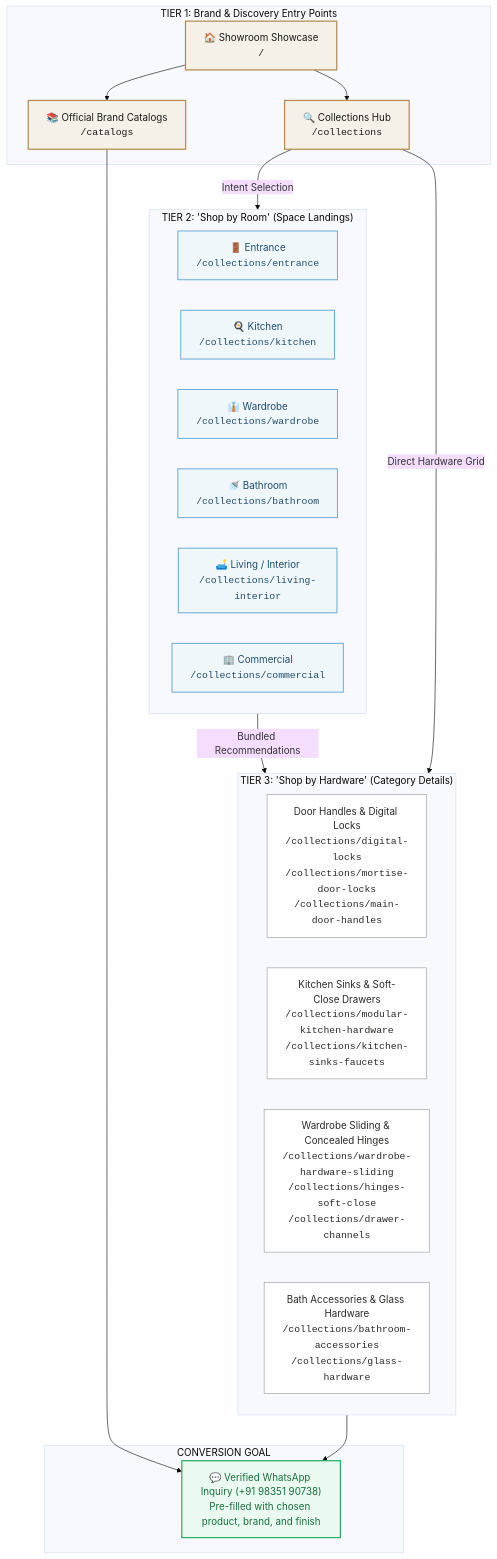
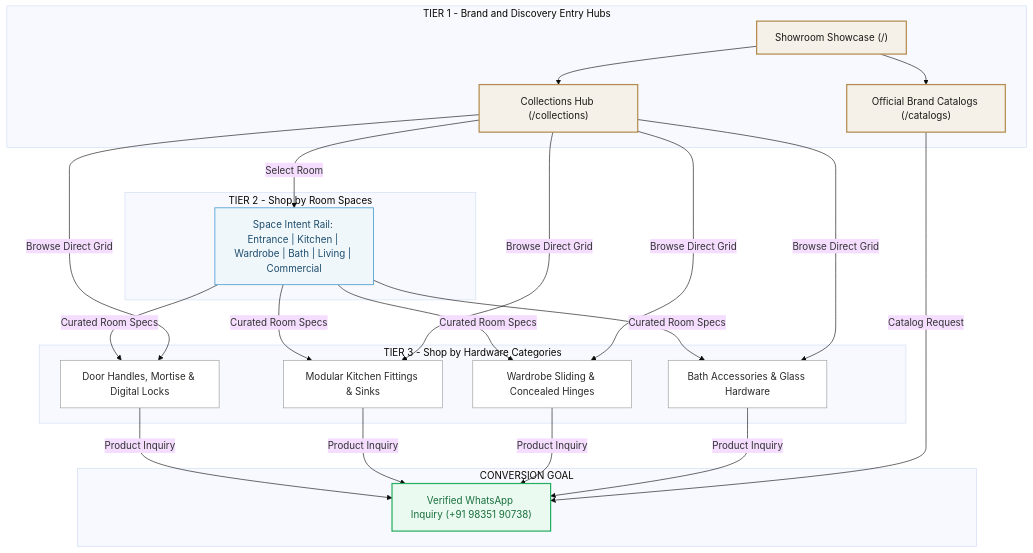
Before and after one commit to aayushsharma141/hardware-collection-6v: the diagram in docs/CLIENT_PAGE_ARCHITECTURE.md, drawn with Mermaid (base theme). The commit also changed 22 other files, not shown here.

Commit message:
feat: complete showroom taxonomy expansion, enhanced PDF catalog viewer with snip layer, focus trap, and brand cleanups

````diff
--- a/docs/CLIENT_PAGE_ARCHITECTURE.md
+++ b/docs/CLIENT_PAGE_ARCHITECTURE.md
@@ -9,44 +9,49 @@
 ```mermaid
 graph TD
     classDef hub fill:#f6f1e8,stroke:#b38b4d,stroke-width:2px,color:#1a1918;
     classDef space fill:#f0f7fb,stroke:#5ea5d4,stroke-width:1.5px,color:#1e4d6d;
     classDef cat fill:#ffffff,stroke:#999,stroke-width:1px,color:#2b2927;
     classDef outcome fill:#eafaf1,stroke:#27ae60,stroke-width:2px,color:#196f3d;
 
-    subgraph TIER1 ["TIER 1: Brand & Discovery Entry Points"]
-        HOME["🏠 Showroom Showcase<br/><code>/</code>"]:::hub
-        COLLECTIONS["🔍 Collections Hub<br/><code>/collections</code>"]:::hub
-        CATALOGS["📚 Official Brand Catalogs<br/><code>/catalogs</code>"]:::hub
+    subgraph TIER1 [TIER 1 - Brand and Discovery Entry Hubs]
+        HOME["Showroom Showcase (/)"]:::hub
+        COLLECTIONS["Collections Hub (/collections)"]:::hub
+        CATALOGS["Official Brand Catalogs (/catalogs)"]:::hub
     end
 
     HOME --> COLLECTIONS
     HOME --> CATALOGS
 
-    subgraph TIER2 ["TIER 2: 'Shop by Room' (Space Landings)"]
-        ENTRANCE["🚪 Entrance<br/><code>/collections/entrance</code>"]:::space
-        KITCHEN["🍳 Kitchen<br/><code>/collections/kitchen</code>"]:::space
-        WARDROBE["👔 Wardrobe<br/><code>/collections/wardrobe</code>"]:::space
-        BATH["🚿 Bathroom<br/><code>/collections/bathroom</code>"]:::space
-        LIVING["🛋️ Living / Interior<br/><code>/collections/living-interior</code>"]:::space
-        COMMERCIAL["🏢 Commercial<br/><code>/collections/commercial</code>"]:::space
+    subgraph TIER2 [TIER 2 - Shop by Room Spaces]
+        ROOMS["Space Intent Rail: Entrance | Kitchen | Wardrobe | Bath | Living | Commercial"]:::space
     end
 
-    COLLECTIONS -->|Intent Selection| TIER2
+    COLLECTIONS -->|Select Room| ROOMS
 
-    subgraph TIER3 ["TIER 3: 'Shop by Hardware' (Category Details)"]
-        DOOR_HARDWARE["Door Handles & Digital Locks<br/><code>/collections/digital-locks</code><br/><code>/collections/mortise-door-locks</code><br/><code>/collections/main-door-handles</code>"]:::cat
-        KITCHEN_FITTINGS["Kitchen Sinks & Soft-Close Drawers<br/><code>/collections/modular-kitchen-hardware</code><br/><code>/collections/kitchen-sinks-faucets</code>"]:::cat
-        FURNITURE_FITTINGS["Wardrobe Sliding & Concealed Hinges<br/><code>/collections/wardrobe-hardware-sliding</code><br/><code>/collections/hinges-soft-close</code><br/><code>/collections/drawer-channels</code>"]:::cat
-        BATH_GLASS["Bath Accessories & Glass Hardware<br/><code>/collections/bathroom-accessories</code><br/><code>/collections/glass-hardware</code>"]:::cat
+    subgraph TIER3 [TIER 3 - Shop by Hardware Categories]
+        CAT_DOOR["Door Handles, Mortise & Digital Locks"]:::cat
+        CAT_KITCHEN["Modular Kitchen Fittings & Sinks"]:::cat
+        CAT_WARDROBE["Wardrobe Sliding & Concealed Hinges"]:::cat
+        CAT_BATH["Bath Accessories & Glass Hardware"]:::cat
     end
 
-    TIER2 -->|Bundled Recommendations| TIER3
-    COLLECTIONS -->|Direct Hardware Grid| TIER3
+    ROOMS -->|Curated Room Specs| CAT_DOOR
+    ROOMS -->|Curated Room Specs| CAT_KITCHEN
+    ROOMS -->|Curated Room Specs| CAT_WARDROBE
+    ROOMS -->|Curated Room Specs| CAT_BATH
 
-    subgraph CONVERSION ["CONVERSION GOAL"]
-        WHATSAPP["💬 Verified WhatsApp Inquiry (+91 98351 90738)<br/>Pre-filled with chosen product, brand, and finish"]:::outcome
+    COLLECTIONS -->|Browse Direct Grid| CAT_DOOR
+    COLLECTIONS -->|Browse Direct Grid| CAT_KITCHEN
+    COLLECTIONS -->|Browse Direct Grid| CAT_WARDROBE
+    COLLECTIONS -->|Browse Direct Grid| CAT_BATH
+
+    subgraph CONVERSION [CONVERSION GOAL]
+        WHATSAPP["Verified WhatsApp Inquiry (+91 98351 90738)"]:::outcome
     end
 
-    TIER3 --> WHATSAPP
-    CATALOGS --> WHATSAPP
+    CAT_DOOR -->|Product Inquiry| WHATSAPP
+    CAT_KITCHEN -->|Product Inquiry| WHATSAPP
+    CAT_WARDROBE -->|Product Inquiry| WHATSAPP
+    CAT_BATH -->|Product Inquiry| WHATSAPP
+    CATALOGS -->|Catalog Request| WHATSAPP
 ```
````
